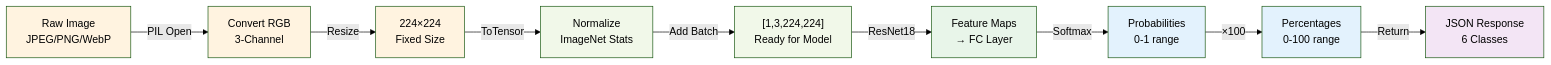
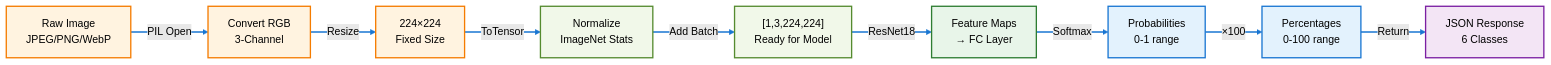
One commit to itssmdsh/MediScan changed the third of 9 diagrams in DOCUMENTATION.md. Above: the diagram before and after it, drawn with Mermaid (forest theme). The commit also changed other lines of this file, not shown here.

````diff
--- a/DOCUMENTATION.md
+++ b/DOCUMENTATION.md
@@ -241,21 +262,23 @@
 ```mermaid
 graph LR
     Raw["Raw Image<br/>JPEG/PNG/WebP"] -->|PIL Open| RGB["Convert RGB<br/>3-Channel"]
     RGB -->|Resize| Size["224×224<br/>Fixed Size"]
     Size -->|ToTensor| Tensor["Normalize<br/>ImageNet Stats"]
     Tensor -->|Add Batch| Batch["[1,3,224,224]<br/>Ready for Model"]
     Batch -->|ResNet18| Model["Feature Maps<br/>→ FC Layer"]
     Model -->|Softmax| Probs["Probabilities<br/>0-1 range"]
     Probs -->|×100| Percent["Percentages<br/>0-100 range"]
     Percent -->|Return| JSON["JSON Response<br/>6 Classes"]
     
-    style Raw fill:#fff3e0
-    style RGB fill:#fff3e0
-    style Size fill:#fff3e0
-    style Tensor fill:#f1f8e9
-    style Batch fill:#f1f8e9
-    style Model fill:#e8f5e9
-    style Probs fill:#e3f2fd
-    style Percent fill:#e3f2fd
-    style JSON fill:#f3e5f5
+    style Raw fill:#fff3e0,stroke:#f57c00,stroke-width:2px
+    style RGB fill:#fff3e0,stroke:#f57c00,stroke-width:2px
+    style Size fill:#fff3e0,stroke:#f57c00,stroke-width:2px
+    style Tensor fill:#f1f8e9,stroke:#558b2f,stroke-width:2px
+    style Batch fill:#f1f8e9,stroke:#558b2f,stroke-width:2px
+    style Model fill:#e8f5e9,stroke:#2e7d32,stroke-width:2px
+    style Probs fill:#e3f2fd,stroke:#1976d2,stroke-width:2px
+    style Percent fill:#e3f2fd,stroke:#1976d2,stroke-width:2px
+    style JSON fill:#f3e5f5,stroke:#7b1fa2,stroke-width:2px
+    
+    linkStyle 0,1,2,3,4,5,6,7 stroke:#1976d2,stroke-width:2px
 ```
````
